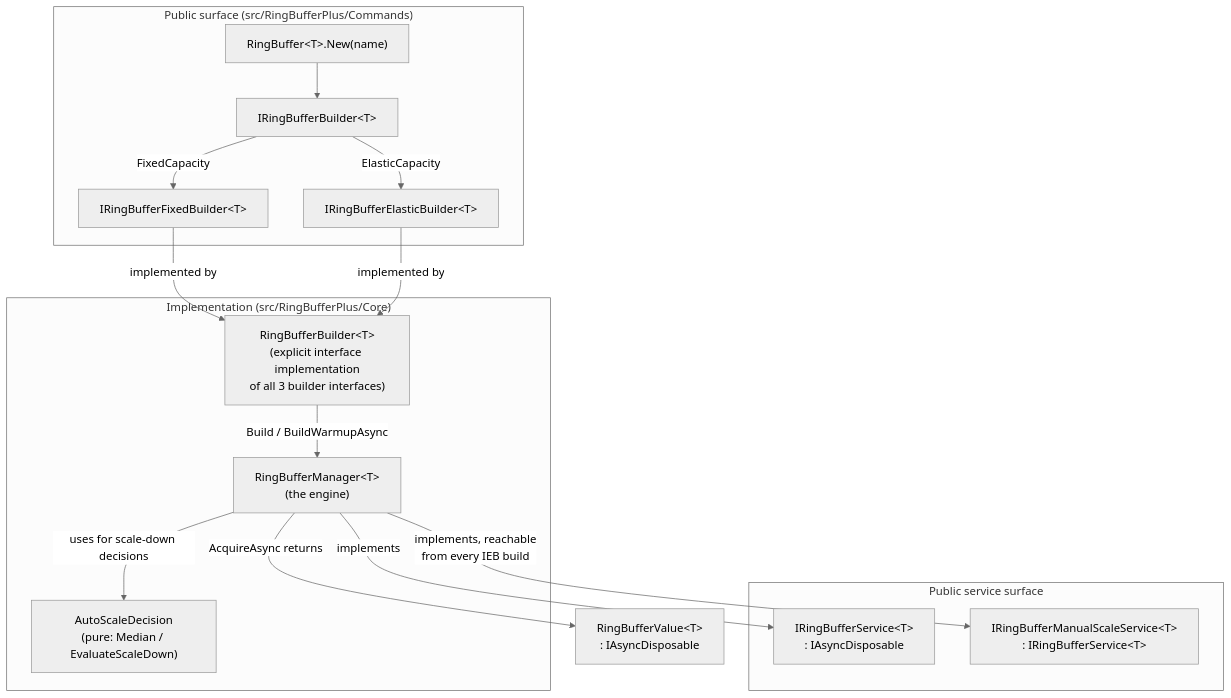
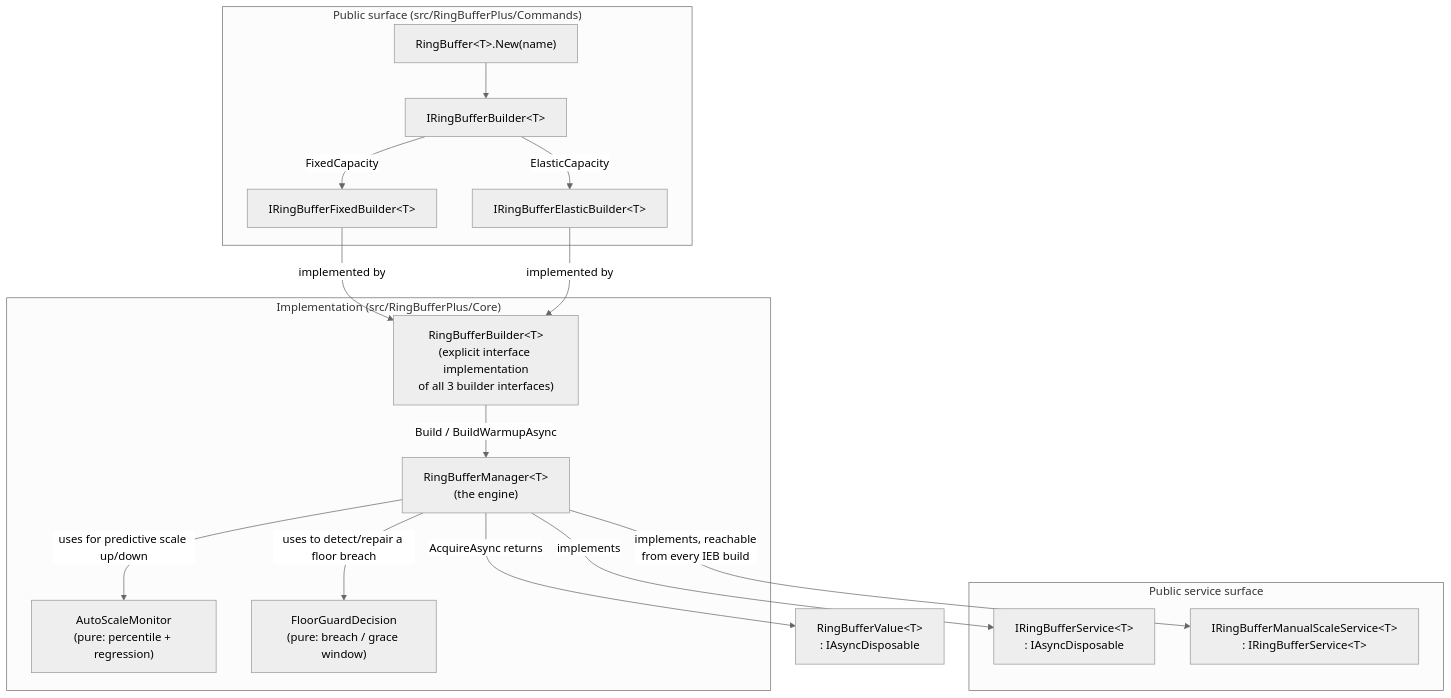
The diagram in doc/architecture/overview.md (FRACerqueira/RingBufferPlus), drawn with Mermaid (neutral theme) before and after one commit. The commit also changed other lines of this file and 4 other files, not shown here.

````diff
--- a/doc/architecture/overview.md
+++ b/doc/architecture/overview.md
@@ -9,32 +9,34 @@
 ```mermaid
 flowchart TB
     subgraph "Public surface (src/RingBufferPlus/Commands)"
         RB["RingBuffer&lt;T&gt;.New(name)"]
         IB["IRingBufferBuilder&lt;T&gt;"]
         IFB["IRingBufferFixedBuilder&lt;T&gt;"]
         IEB["IRingBufferElasticBuilder&lt;T&gt;"]
     end
 
     subgraph "Implementation (src/RingBufferPlus/Core)"
         Builder["RingBufferBuilder&lt;T&gt;<br/>(explicit interface implementation<br/>of all 3 builder interfaces)"]
         Manager["RingBufferManager&lt;T&gt;<br/>(the engine)"]
-        Decision["AutoScaleDecision<br/>(pure: Median / EvaluateScaleDown)"]
+        Monitor["AutoScaleMonitor<br/>(pure: percentile + regression)"]
+        FloorGuard["FloorGuardDecision<br/>(pure: breach / grace window)"]
     end
 
     subgraph "Public service surface"
         Service["IRingBufferService&lt;T&gt;<br/>: IAsyncDisposable"]
         ManualService["IRingBufferManualScaleService&lt;T&gt;<br/>: IRingBufferService&lt;T&gt;"]
     end
 
     Value["RingBufferValue&lt;T&gt;<br/>: IAsyncDisposable"]
 
     RB --> IB
     IB -->|FixedCapacity| IFB
     IB -->|ElasticCapacity| IEB
     IFB & IEB -->|implemented by| Builder
     Builder -->|Build / BuildWarmupAsync| Manager
     Manager -->|implements| Service
     Manager -->|implements, reachable<br/>from every IEB build| ManualService
-    Manager -->|uses for scale-down decisions| Decision
+    Manager -->|uses for predictive scale up/down| Monitor
+    Manager -->|uses to detect/repair a floor breach| FloorGuard
     Manager -->|AcquireAsync returns| Value
 ```
````
